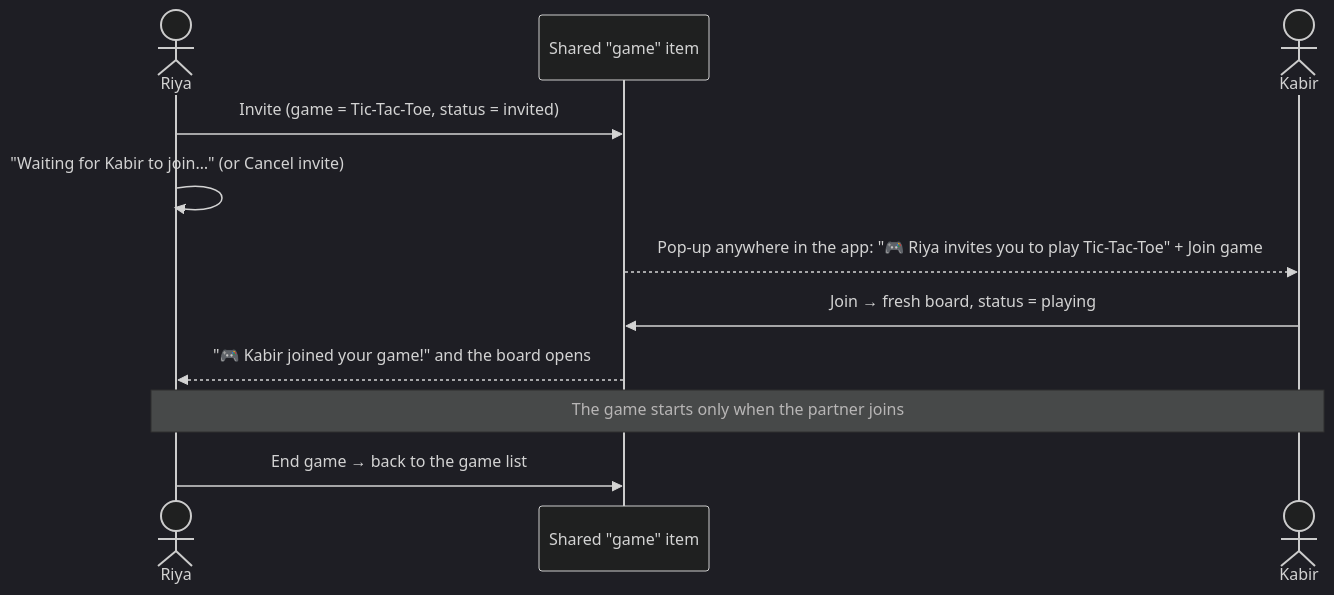
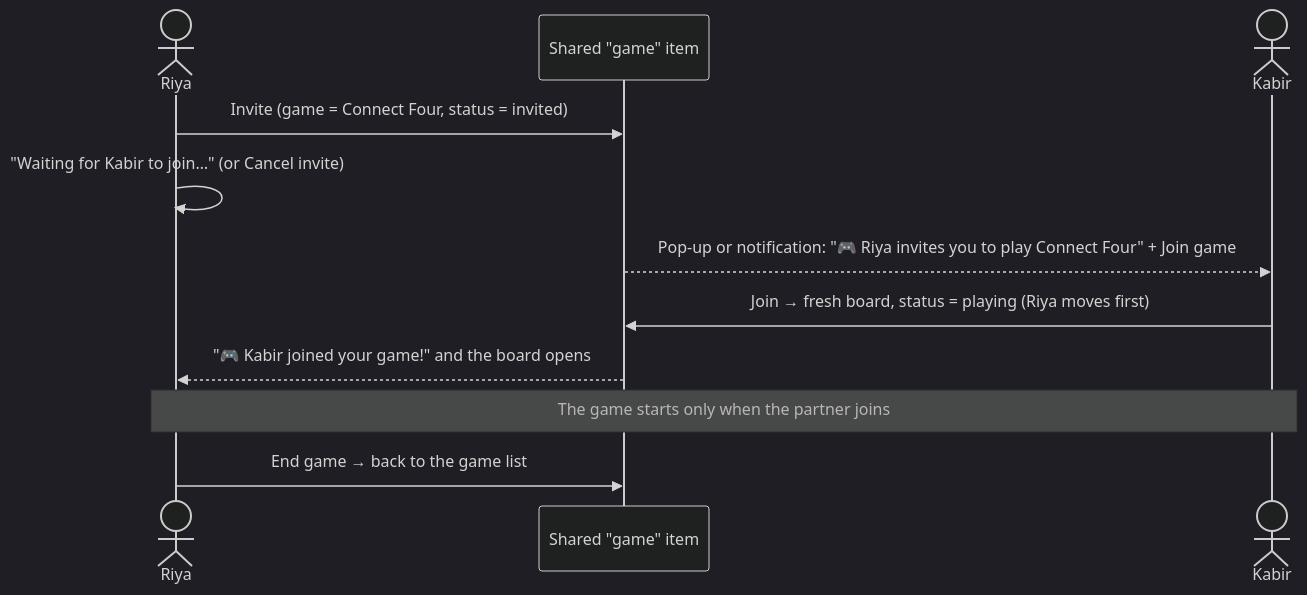
Diagram 20 of 30 in front-end/doc/04-flowcharts.md (silent-coder-dev/private-space), drawn with Mermaid (dark theme) before and after one commit. The commit also changed other lines of this file and 78 other files, not shown here.

````diff
--- a/front-end/doc/04-flowcharts.md
+++ b/front-end/doc/04-flowcharts.md
@@ -408,13 +444,13 @@
 ```mermaid
 sequenceDiagram
     actor Riya
     participant G as Shared "game" item
     actor Kabir
-    Riya->>G: Invite (game = Tic-Tac-Toe, status = invited)
+    Riya->>G: Invite (game = Connect Four, status = invited)
     Riya->>Riya: "Waiting for Kabir to join…" (or Cancel invite)
-    G-->>Kabir: Pop-up anywhere in the app: "🎮 Riya invites you to play Tic-Tac-Toe" + Join game
-    Kabir->>G: Join → fresh board, status = playing
+    G-->>Kabir: Pop-up or notification: "🎮 Riya invites you to play Connect Four" + Join game
+    Kabir->>G: Join → fresh board, status = playing (Riya moves first)
     G-->>Riya: "🎮 Kabir joined your game!" and the board opens
     Note over Riya,Kabir: The game starts only when the partner joins
     Riya->>G: End game → back to the game list
 ```
````
